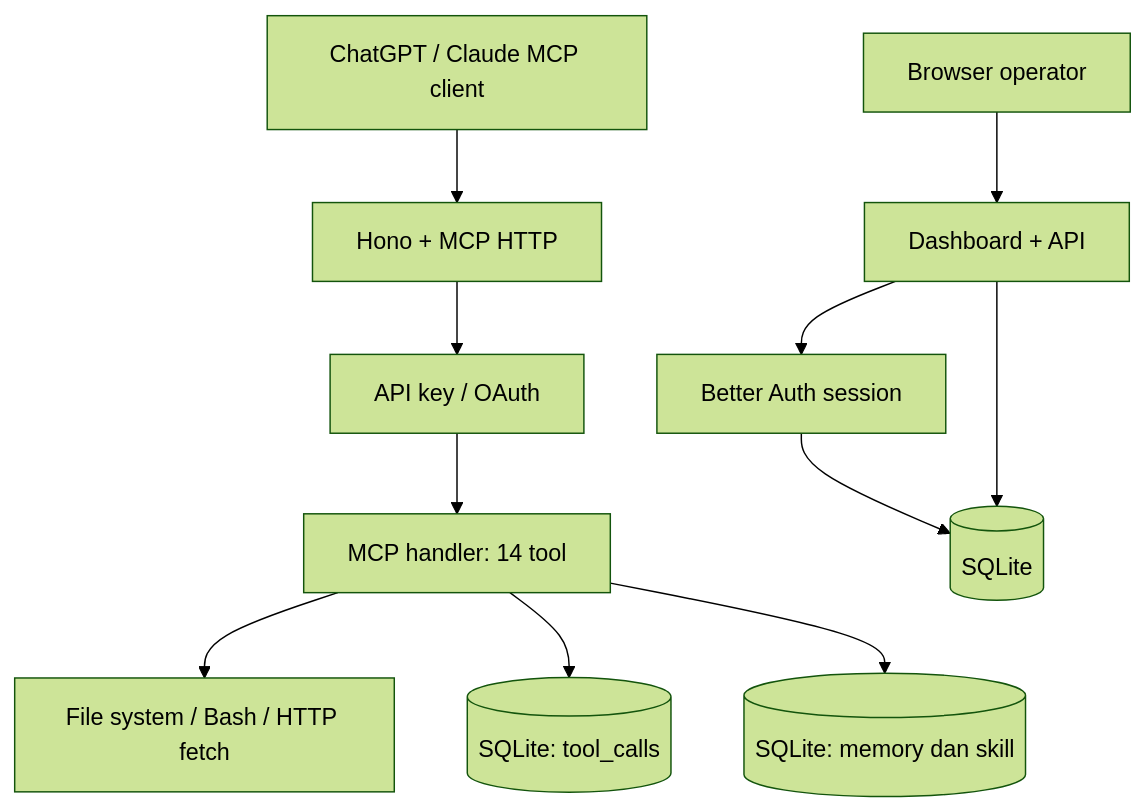
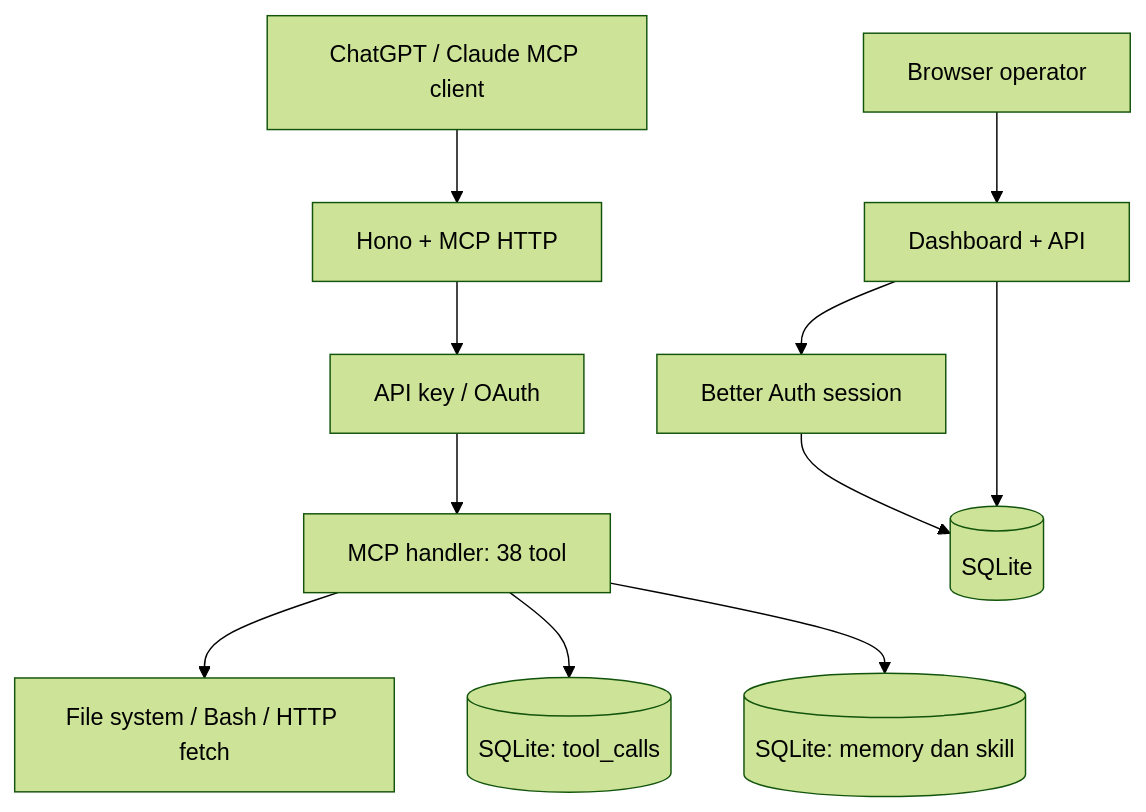
Before and after one commit to agussaputrasijabat/agent-mcp: the diagram in docs/architecture.md, drawn with Mermaid (forest theme). The commit also changed other lines of this file and 23 other files, not shown here.

````diff
--- a/docs/architecture.md
+++ b/docs/architecture.md
@@ -7,13 +7,13 @@
 ```mermaid
 flowchart TD
     client["ChatGPT / Claude MCP client"] --> http["Hono + MCP HTTP"]
     browser["Browser operator"] --> dashboard["Dashboard + API"]
     http --> auth["API key / OAuth"]
-    auth --> handler["MCP handler: 14 tool"]
+    auth --> handler["MCP handler: 38 tool"]
     handler --> host["File system / Bash / HTTP fetch"]
     handler --> audit[("SQLite: tool_calls")]
     handler --> library[("SQLite: memory dan skill")]
     dashboard --> operator["Better Auth session"]
     operator --> database[("SQLite")]
     dashboard --> database
 ```
````
